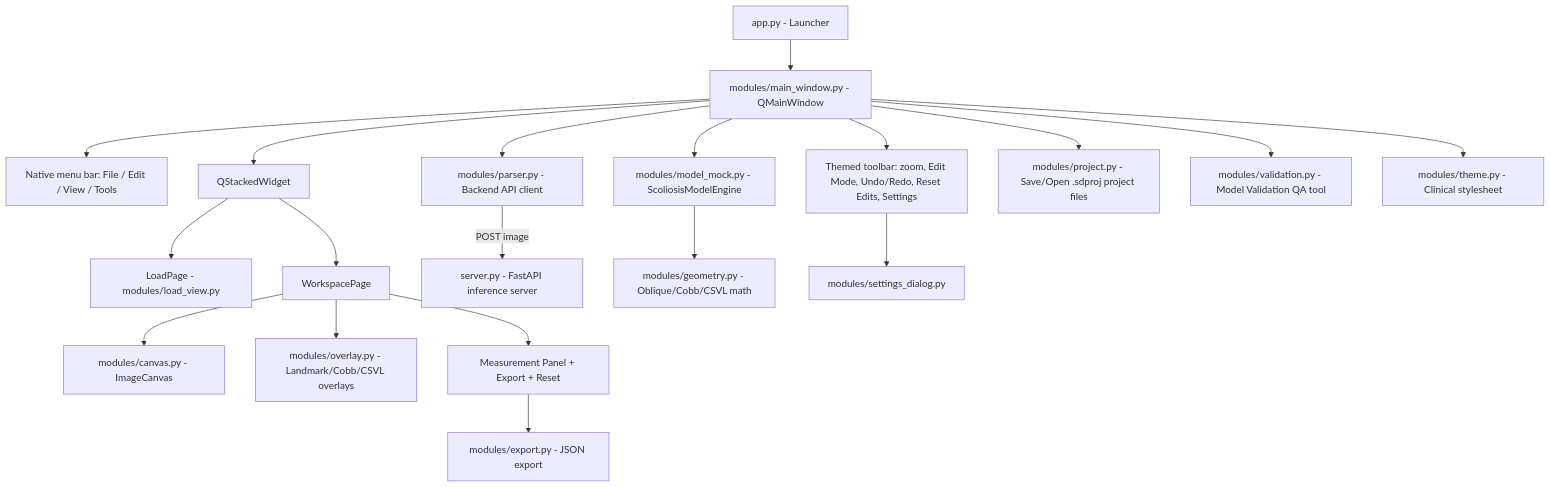
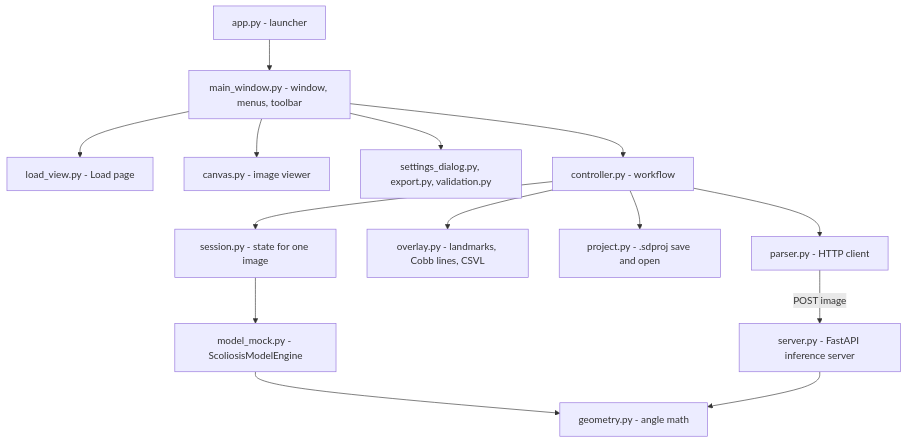
The diagram in README.md (reerooryu/scoliosis_detection_ui), drawn with Mermaid before and after one commit. The commit also changed other lines of this file and 20 other files, not shown here.

````diff
--- a/README.md
+++ b/README.md
@@ -13,26 +148,16 @@
 ```mermaid
 graph TD
-    App["app.py - Launcher"] --> Main["modules/main_window.py - QMainWindow"]
-
-    Main --> MenuBar["Native menu bar: File / Edit / View / Tools"]
-    Main --> Toolbar["Themed toolbar: zoom, Edit Mode, Undo/Redo, Reset Edits, Settings"]
-    Main --> Stack["QStackedWidget"]
-
-    Stack --> Load["LoadPage - modules/load_view.py"]
-    Stack --> Workspace["WorkspacePage"]
-
-    Workspace --> Canvas["modules/canvas.py - ImageCanvas"]
-    Workspace --> Overlay["modules/overlay.py - Landmark/Cobb/CSVL overlays"]
-    Workspace --> Panel["Measurement Panel + Export + Reset"]
-
-    Main --> Parser["modules/parser.py - Backend API client"]
+    App["app.py - launcher"] --> Main["main_window.py - window, menus, toolbar"]
+    Main --> Load["load_view.py - Load page"]
+    Main --> Canvas["canvas.py - image viewer"]
+    Main --> Dialogs["settings_dialog.py, export.py, validation.py"]
+    Main --> Controller["controller.py - workflow"]
+    Controller --> Session["session.py - state for one image"]
+    Controller --> Overlay["overlay.py - landmarks, Cobb lines, CSVL"]
+    Controller --> Project["project.py - .sdproj save and open"]
+    Controller --> Parser["parser.py - HTTP client"]
+    Session --> Engine["model_mock.py - ScoliosisModelEngine"]
+    Engine --> Geometry["geometry.py - angle math"]
     Parser -->|POST image| Server["server.py - FastAPI inference server"]
-    Main --> Engine["modules/model_mock.py - ScoliosisModelEngine"]
-    Engine --> Geometry["modules/geometry.py - Oblique/Cobb/CSVL math"]
-
-    Toolbar --> Settings["modules/settings_dialog.py"]
-    Panel --> Export["modules/export.py - JSON export"]
-    Main --> Project["modules/project.py - Save/Open .sdproj project files"]
-    Main --> Validation["modules/validation.py - Model Validation QA tool"]
-    Main --> Theme["modules/theme.py - Clinical stylesheet"]
+    Server --> Geometry
 ```
````
